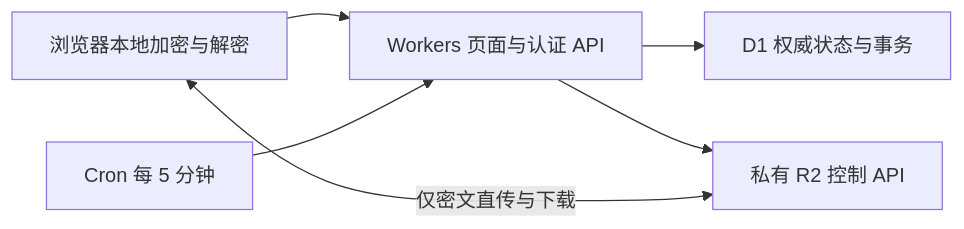
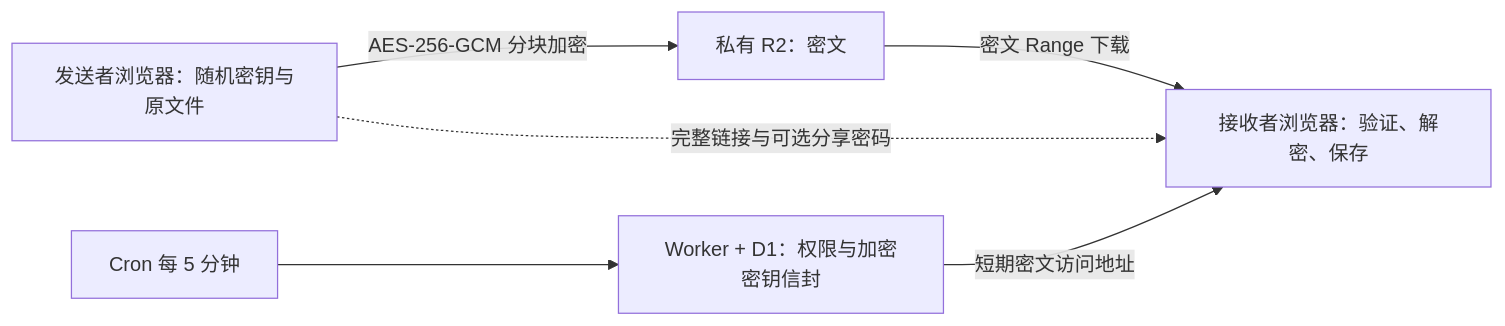
The diagram in docs/v3-deployment.md (hyphy-void/Parcel), drawn with Mermaid before and after one commit. The commit also changed other lines of this file and 12 other files, not shown here.

````diff
--- a/docs/v3-deployment.md
+++ b/docs/v3-deployment.md
@@ -5,8 +7,8 @@
 ```mermaid
 flowchart LR
-  Browser[浏览器本地加密与解密] --> Worker[Workers 页面与认证 API]
-  Worker --> D1[D1 权威状态与事务]
-  Worker --> R2[私有 R2 控制 API]
-  Browser <-->|仅密文直传与下载| R2
-  Cron[Cron 每 5 分钟] --> Worker
+  S[发送者浏览器：随机密钥与原文件] -->|AES-256-GCM 分块加密| R[私有 R2：密文]
+  R -->|密文 Range 下载| C[接收者浏览器：验证、解密、保存]
+  W[Worker + D1：权限与加密密钥信封] -->|短期密文访问地址| C
+  S -.->|完整链接与可选分享密码| C
+  Cron[Cron 每 5 分钟] --> W
 ```
````
